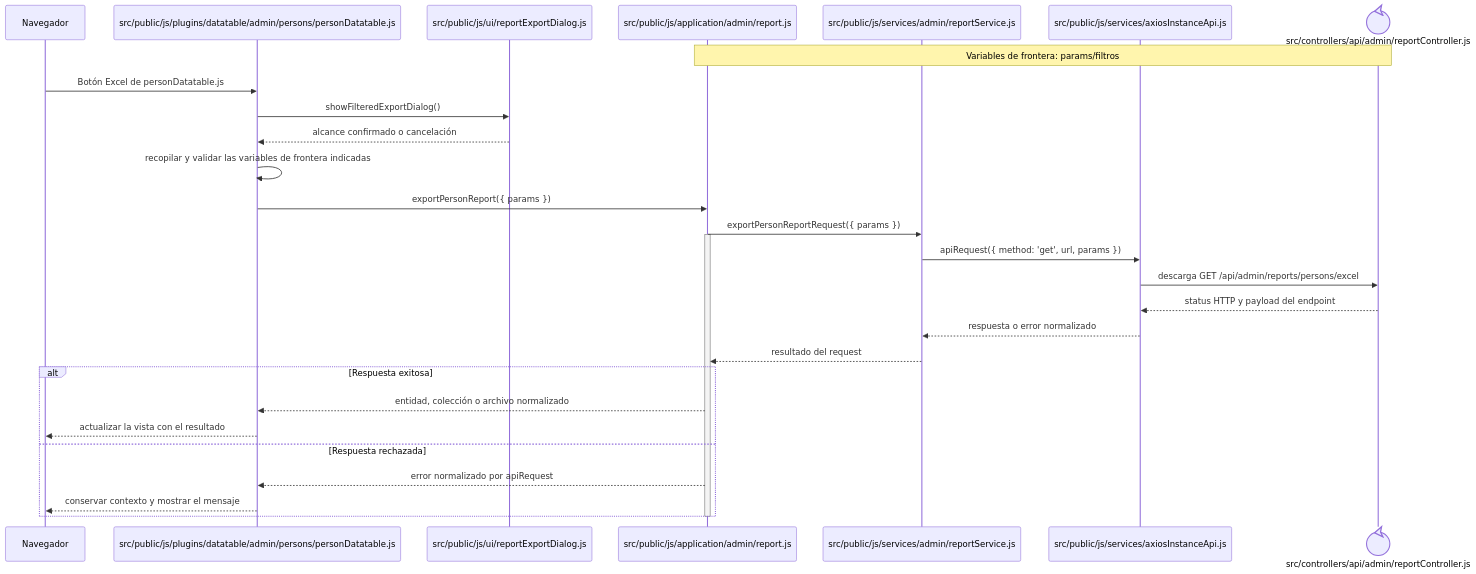
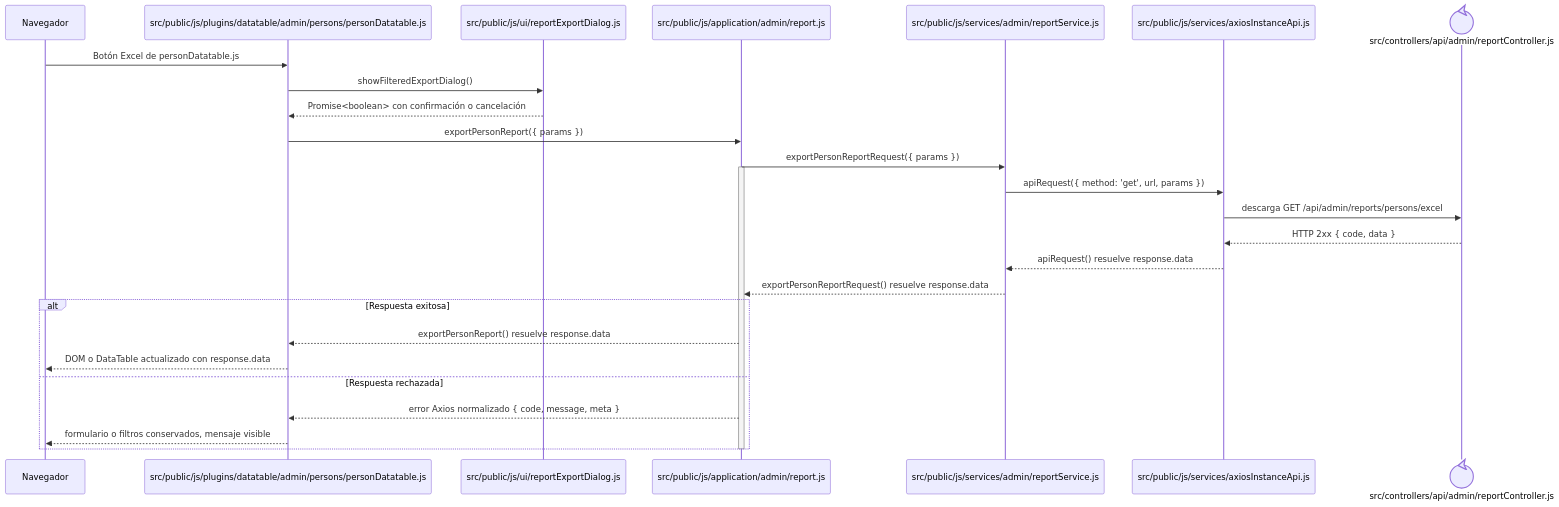
Before and after one commit to gpgsistemas01/nexus: the diagram in docs/architecture/frontend-code-sequences/identity-access/cu-ida-04.md, drawn with Mermaid. The commit also changed 148 other files, not shown here.

````diff
--- a/docs/architecture/frontend-code-sequences/identity-access/cu-ida-04.md
+++ b/docs/architecture/frontend-code-sequences/identity-access/cu-ida-04.md
@@ -6,32 +6,30 @@
 ```mermaid
 sequenceDiagram
     participant Browser as Navegador
     participant View as src/public/js/plugins/datatable/admin/persons/personDatatable.js
     participant Dialog as src/public/js/ui/reportExportDialog.js
     participant Application as src/public/js/application/admin/report.js
     participant Request as src/public/js/services/admin/reportService.js
     participant HTTP as src/public/js/services/axiosInstanceApi.js
     participant Transport@{ "type": "control" } as src/controllers/api/admin/reportController.js
-    Note over Application,Transport: Variables de frontera: params/filtros
 
     Browser->>View: Botón Excel de personDatatable.js
     View->>Dialog: showFilteredExportDialog()
-    Dialog-->>View: alcance confirmado o cancelación
-    View->>View: recopilar y validar las variables de frontera indicadas
+    Dialog-->>View: Promise<boolean> con confirmación o cancelación
     View->>Application: exportPersonReport({ params })
     Application->>Request: exportPersonReportRequest({ params })
     activate Application
     Request->>HTTP: apiRequest({ method: 'get', url, params })
     HTTP->>Transport: descarga GET /api/admin/reports/persons/excel
-    Transport-->>HTTP: status HTTP y payload del endpoint
-    HTTP-->>Request: respuesta o error normalizado
-    Request-->>Application: resultado del request
+    Transport-->>HTTP: HTTP 2xx { code, data }
+    HTTP-->>Request: apiRequest() resuelve response.data
+    Request-->>Application: exportPersonReportRequest() resuelve response.data
     alt Respuesta exitosa
-        Application-->>View: entidad, colección o archivo normalizado
-        View-->>Browser: actualizar la vista con el resultado
+        Application-->>View: exportPersonReport() resuelve response.data
+        View-->>Browser: DOM o DataTable actualizado con response.data
     else Respuesta rechazada
-        Application-->>View: error normalizado por apiRequest
-        View-->>Browser: conservar contexto y mostrar el mensaje
+        Application-->>View: error Axios normalizado { code, message, meta }
+        View-->>Browser: formulario o filtros conservados, mensaje visible
     end
     deactivate Application
 ```
````
